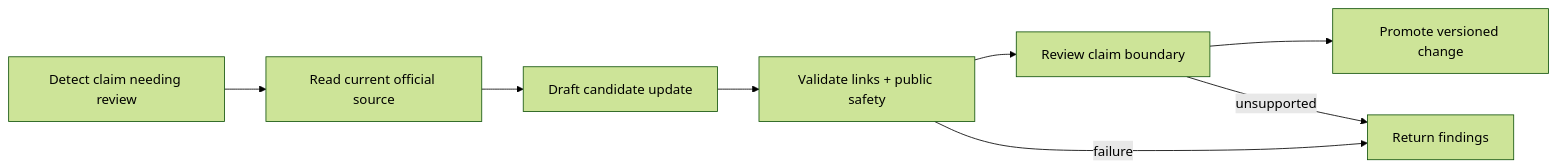
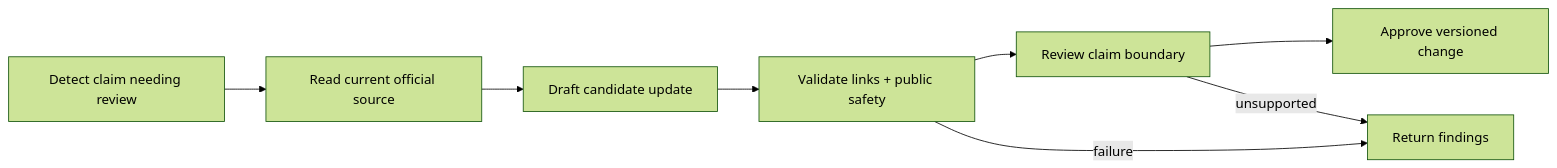
Before and after one commit to jremick/codexmaxxing: the second of 3 diagrams in docs/example-work-patterns.md, drawn with Mermaid (forest theme). The commit also changed other lines of this file and 38 other files, not shown here.

````diff
--- a/docs/example-work-patterns.md
+++ b/docs/example-work-patterns.md
@@ -71,10 +71,10 @@
 ```mermaid
 flowchart LR
   A["Detect claim needing review"] --> B["Read current official source"]
   B --> C["Draft candidate update"]
   C --> D["Validate links + public safety"]
   D --> E["Review claim boundary"]
-  E --> F["Promote versioned change"]
+  E --> F["Approve versioned change"]
   D -->|failure| G["Return findings"]
   E -->|unsupported| G
 ```
````
